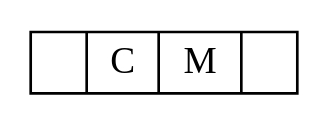
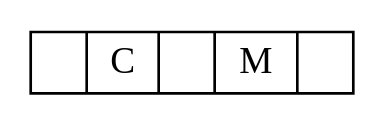
One commit to ericfode/CS320 changed the diagram in Assignment 4/step2.dot. Above: the diagram before and after it, drawn with Graphviz. The commit also changed 10 other files, not shown here.

```diff
--- a/Assignment 4/step2.dot
+++ b/Assignment 4/step2.dot
@@ -1,5 +1,4 @@
 digraph one {
 	node [shape = record, height=.1];
-	node0[label = "<f0> | <f1> C | <f2> M | <f3> "];
-
+	node0[label = "<f0> | <f1> C || <f2> M | <f3> "];
 }
```
